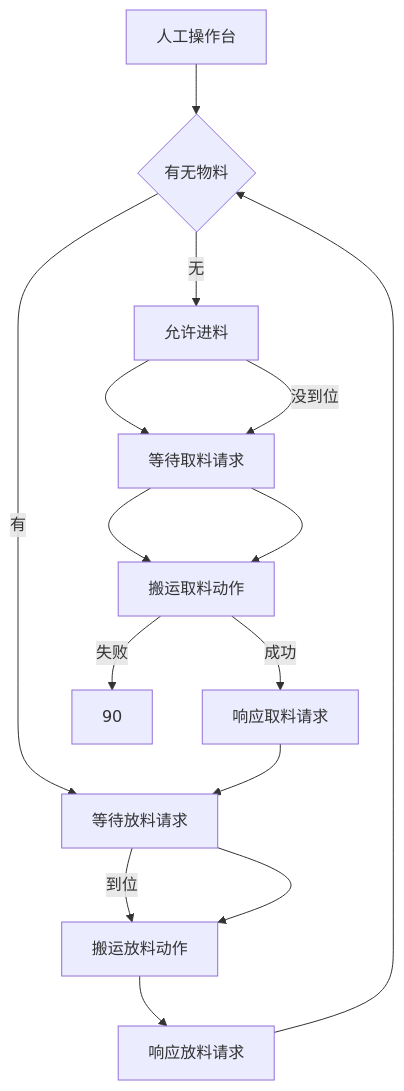
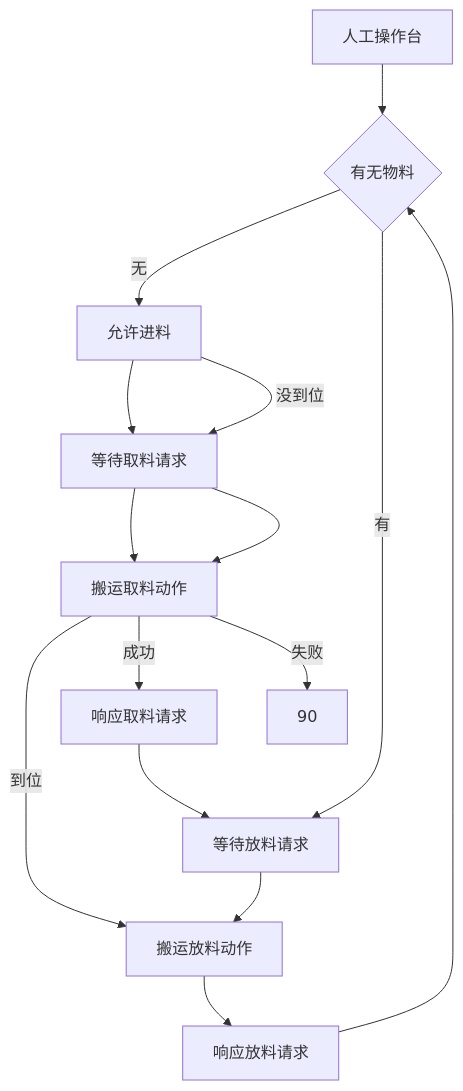
The diagram in all/未命名-4.md (PengKun1/iodraw-files), drawn with Mermaid before and after one commit.

Commit message:
2024-12-20 14:46:10 update

````diff
--- a/all/未命名-4.md
+++ b/all/未命名-4.md
@@ -1,18 +1,17 @@
 ```mermaid
 graph TD
 0[人工操作台]-->10
 10{有无物料}-->|无|20
 10-->|有|60
 20[允许进料]-->30
 30[前工位出料中]-->40
-
-60{是否到位}-->|到位|70
+40{是否到位}-->|到位|70
 20-->|没到位|30
 30[等待取料请求]-->40
 40[搬运取料动作]-->|成功|50
 40-->|失败|90
 50[响应取料请求]-->60
 60[等待放料请求]-->70
 70[搬运放料动作]-->80
 80[响应放料请求]-->10
 ```
````
